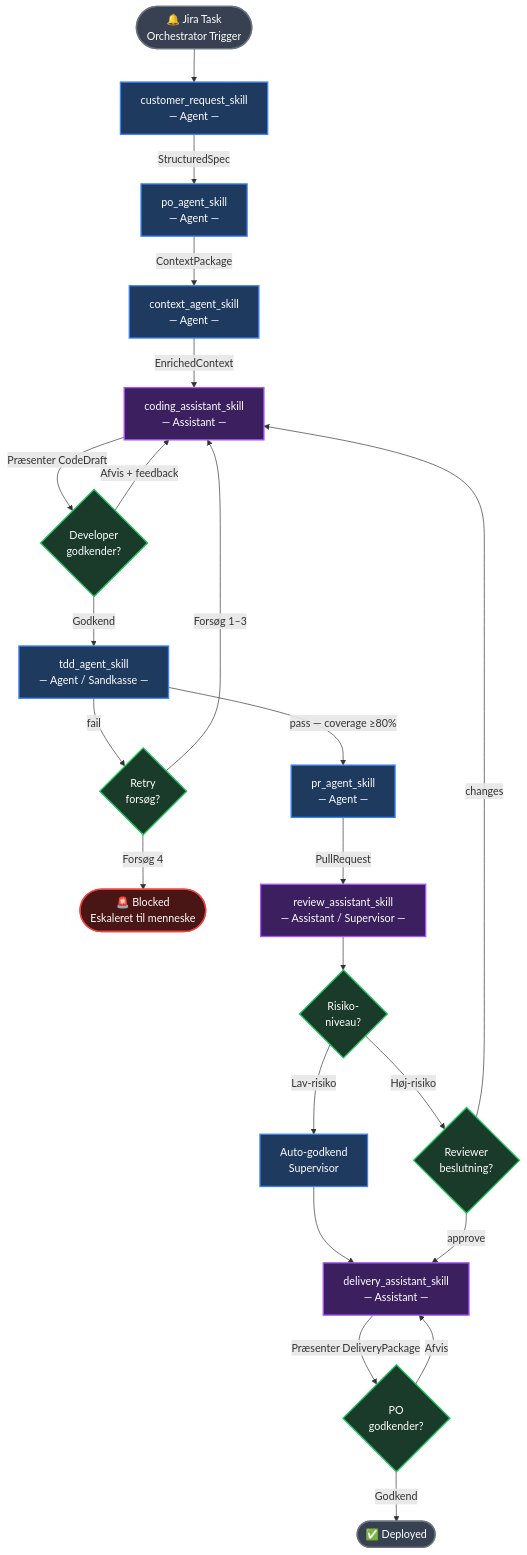
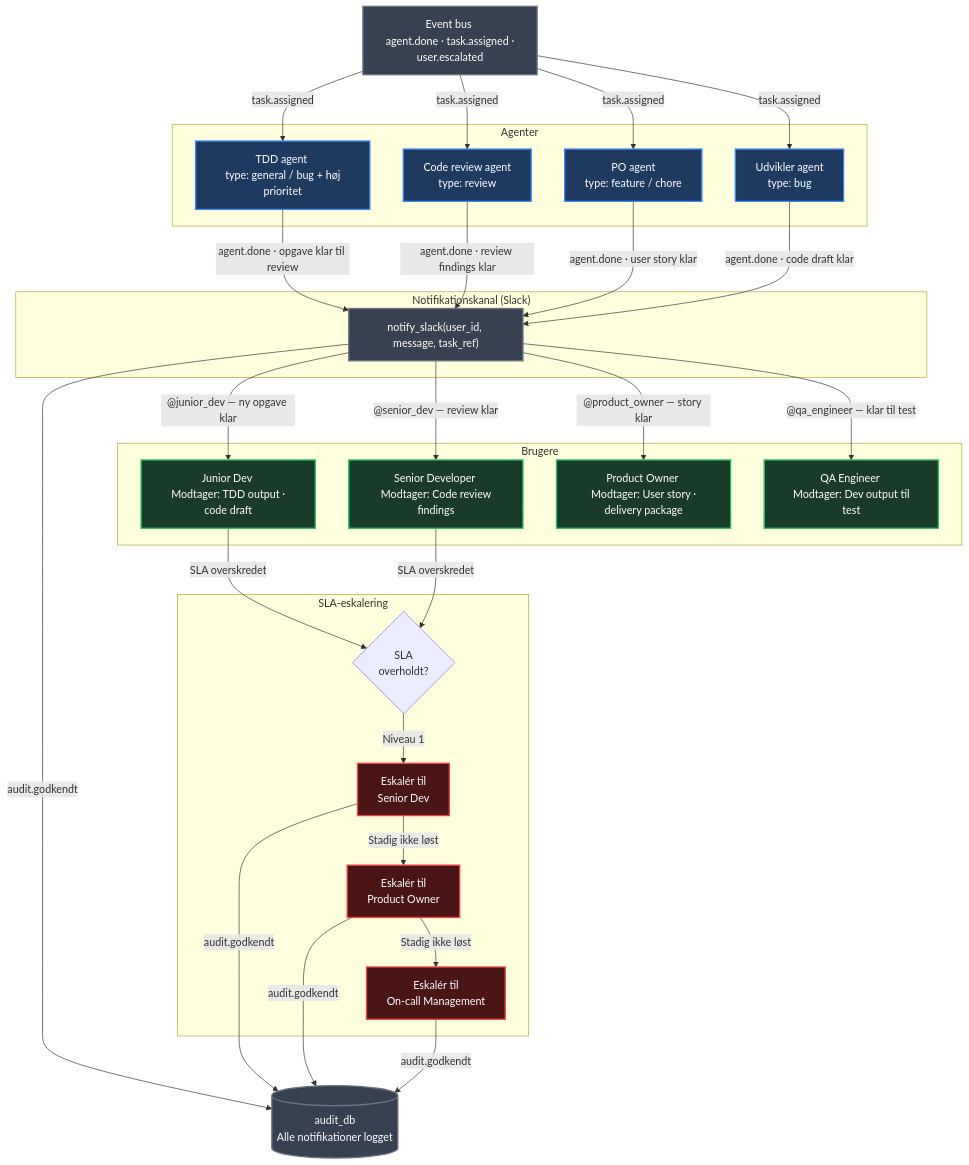
Diagram 15 of 15 in Modeller.md (chrisstineline/CGI_Agent), drawn with Mermaid before and after one commit. The commit also changed other lines of this file and 4 other files, not shown here.

````diff
--- a/Modeller.md
+++ b/Modeller.md
@@ -857,58 +461,64 @@
 ```mermaid
 flowchart TD
-    Jira(["🔔 Jira Task\nOrchestrator Trigger"])
+    BUS["Event bus <br> agent.done · task.assigned · user.escalated"]
 
-    CR["customer_request_skill\n— Agent —"]
-    PO["po_agent_skill\n— Agent —"]
-    CTX["context_agent_skill\n— Agent —"]
-    CA["coding_assistant_skill\n— Assistant —"]
-    DEV{"Developer\ngodkender?"}
-    TDD["tdd_agent_skill\n— Agent / Sandkasse —"]
-    RETRY{"Retry\nforsøg?"}
-    BLOCKED(["🚨 Blocked\nEskaleret til menneske"])
-    PRa["pr_agent_skill\n— Agent —"]
-    RA["review_assistant_skill\n— Assistant / Supervisor —"]
-    RISK{"Risiko-\nniveau?"}
-    RA_AUTO["Auto-godkend\nSupervisor"]
-    REVIEWER{"Reviewer\nbeslutning?"}
-    DA["delivery_assistant_skill\n— Assistant —"]
-    PO_GATE{"PO\ngodkender?"}
-    DONE(["✅ Deployed"])
+    subgraph AGENTS["Agenter"]
+        TDD["TDD agent <br> type: general / bug + høj prioritet"]
+        CR["Code review agent <br> type: review"]
+        PO["PO agent <br> type: feature / chore"]
+        DEV["Udvikler agent <br> type: bug"]
+    end
 
-    Jira --> CR
-    CR -->|StructuredSpec| PO
-    PO -->|ContextPackage| CTX
-    CTX -->|EnrichedContext| CA
-    CA -->|Præsenter CodeDraft| DEV
-    DEV -->|"Afvis + feedback"| CA
-    DEV -->|Godkend| TDD
+    BUS -->|"task.assigned"| TDD
+    BUS -->|"task.assigned"| CR
+    BUS -->|"task.assigned"| PO
+    BUS -->|"task.assigned"| DEV
 
-    TDD -->|"pass — coverage ≥80%"| PRa
-    TDD -->|fail| RETRY
-    RETRY -->|"Forsøg 1–3"| CA
-    RETRY -->|"Forsøg 4"| BLOCKED
+    subgraph NOTIF["Notifikationskanal (Slack)"]
+        N1["notify_slack(user_id, message, task_ref)"]
+    end
 
-    PRa -->|PullRequest| RA
-    RA --> RISK
-    RISK -->|Lav-risiko| RA_AUTO
-    RISK -->|Høj-risiko| REVIEWER
-    RA_AUTO --> DA
-    REVIEWER -->|approve| DA
-    REVIEWER -->|changes| CA
+    TDD -->|"agent.done · opgave klar til review"| N1
+    CR  -->|"agent.done · review findings klar"| N1
+    PO  -->|"agent.done · user story klar"| N1
+    DEV -->|"agent.done · code draft klar"| N1
 
-    DA -->|Præsenter DeliveryPackage| PO_GATE
-    PO_GATE -->|"Afvis"| DA
-    PO_GATE -->|Godkend| DONE
+    subgraph USERS["Brugere"]
+        JR["Junior Dev <br> Modtager: TDD output · code draft"]
+        SR["Senior Developer <br> Modtager: Code review findings"]
+        PROD["Product Owner <br> Modtager: User story · delivery package"]
+        QA["QA Engineer <br> Modtager: Dev output til test"]
+    end
+
+    N1 -->|"@junior_dev — ny opgave klar"| JR
+    N1 -->|"@senior_dev — review klar"| SR
+    N1 -->|"@product_owner — story klar"| PROD
+    N1 -->|"@qa_engineer — klar til test"| QA
+
+    subgraph ESCALATION["SLA-eskalering"]
+        E1{"SLA <br> overholdt?"}
+        ESC1["Eskalér til <br> Senior Dev"]
+        ESC2["Eskalér til <br> Product Owner"]
+        ESC3["Eskalér til <br> On-call Management"]
+    end
+
+    JR -->|"SLA overskredet"| E1
+    SR -->|"SLA overskredet"| E1
+    E1 -->|"Niveau 1"| ESC1
+    ESC1 -->|"Stadig ikke løst"| ESC2
+    ESC2 -->|"Stadig ikke løst"| ESC3
+
+    AUDB[("audit_db <br> Alle notifikationer logget")]
+    N1 -->|"audit.godkendt"| AUDB
+    ESC1 & ESC2 & ESC3 -->|"audit.godkendt"| AUDB
 
     classDef agent fill:#1e3a5f,color:#ffffff,stroke:#3b82f6,stroke-width:2px
-    classDef assistant fill:#3b1f5e,color:#ffffff,stroke:#a855f7,stroke-width:2px
-    classDef gate fill:#1a3a2a,color:#ffffff,stroke:#22c55e,stroke-width:2px
-    classDef terminal fill:#374151,color:#ffffff,stroke:#6b7280,stroke-width:2px
-    classDef blocked fill:#4a1515,color:#ffffff,stroke:#ef4444,stroke-width:2px
+    classDef user fill:#1a3a2a,color:#ffffff,stroke:#22c55e,stroke-width:2px
+    classDef escalate fill:#4a1515,color:#ffffff,stroke:#ef4444,stroke-width:2px
+    classDef infra fill:#374151,color:#ffffff,stroke:#6b7280,stroke-width:2px
 
-    class CR,PO,CTX,TDD,PRa,RA_AUTO agent
-    class CA,RA,DA assistant
-    class DEV,RISK,REVIEWER,RETRY,PO_GATE gate
-    class Jira,DONE terminal
-    class BLOCKED blocked
+    class TDD,CR,PO,DEV agent
+    class JR,SR,PROD,QA user
+    class ESC1,ESC2,ESC3 escalate
+    class BUS,N1,AUDB infra
 ```
````
